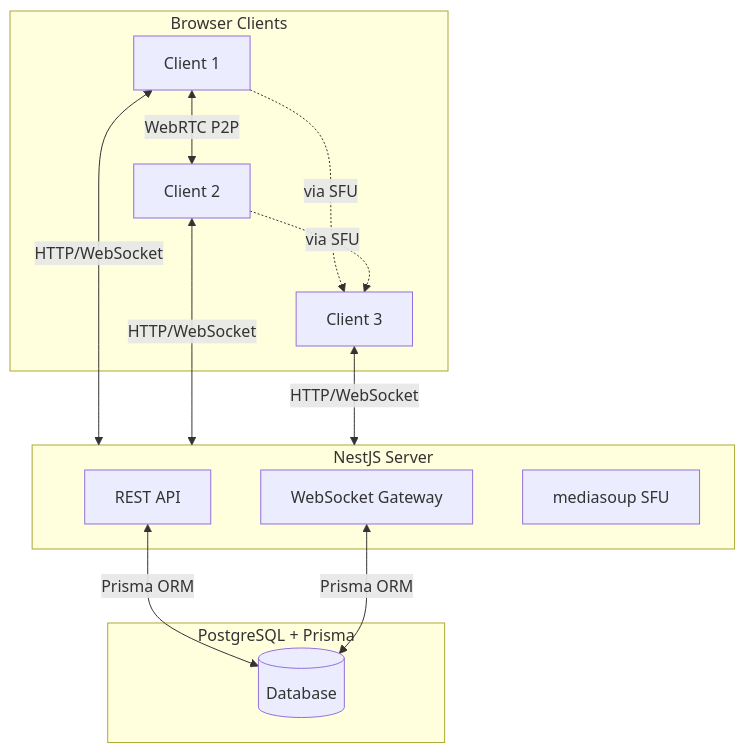
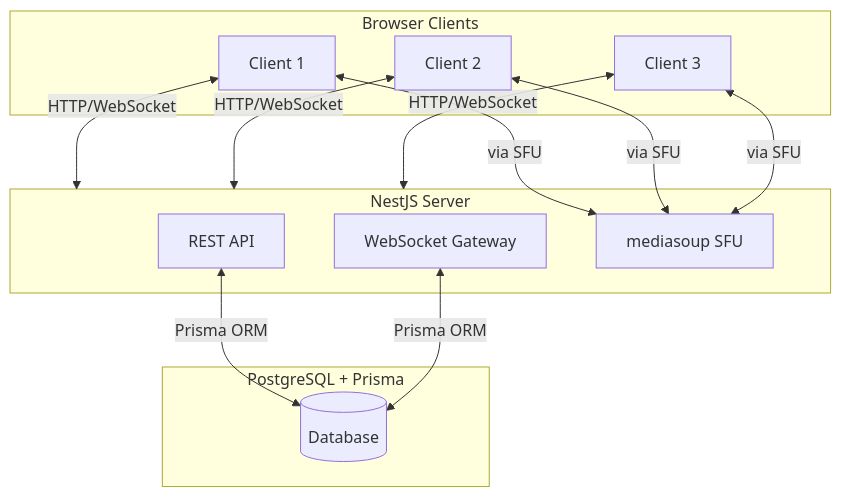
Before and after one commit to YuriFA/zvonOK: the second of 4 diagrams in docs/SDD.md, drawn with Mermaid. The commit also changed other lines of this file and 18 other files, not shown here.

First line of the commit message:
docs: update SDD and task files for current architecture

````diff
--- a/docs/SDD.md
+++ b/docs/SDD.md
@@ -151,29 +151,29 @@
 ```mermaid
 flowchart TB
     subgraph Clients["Browser Clients"]
         C1[Client 1]
         C2[Client 2]
         C3[Client 3]
     end
 
     subgraph Server["NestJS Server"]
         API[REST API]
         WS[WebSocket Gateway]
         SFU[mediasoup SFU]
     end
 
     subgraph Database["PostgreSQL + Prisma"]
         DB[(Database)]
     end
 
     C1 <-->|HTTP/WebSocket| Server
     C2 <-->|HTTP/WebSocket| Server
     C3 <-->|HTTP/WebSocket| Server
 
     API <-->|Prisma ORM| DB
     WS <-->|Prisma ORM| DB
 
-    C1 <-->|WebRTC P2P| C2
-    C1 -.->|via SFU| C3
-    C2 -.->|via SFU| C3
+    C1 <-->|via SFU| SFU
+    C2 <-->|via SFU| SFU
+    C3 <-->|via SFU| SFU
 ```
````
